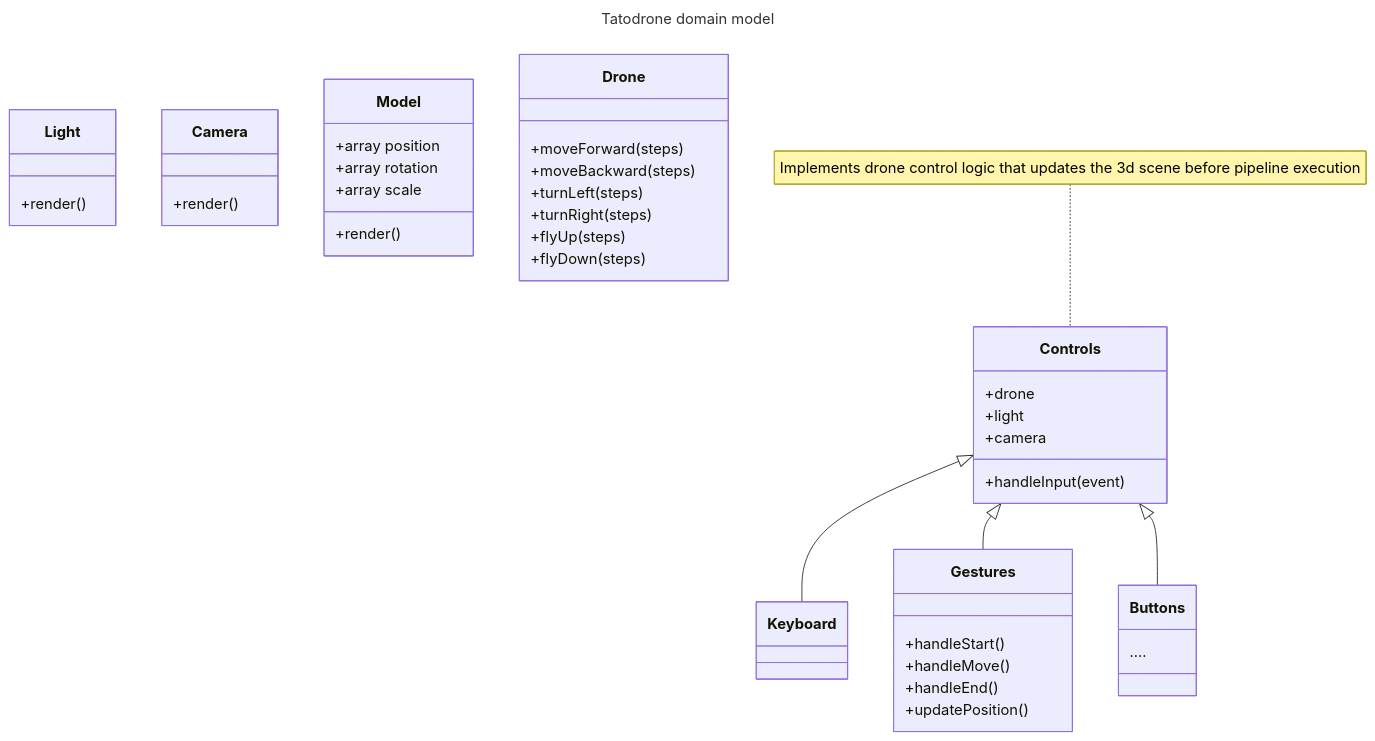
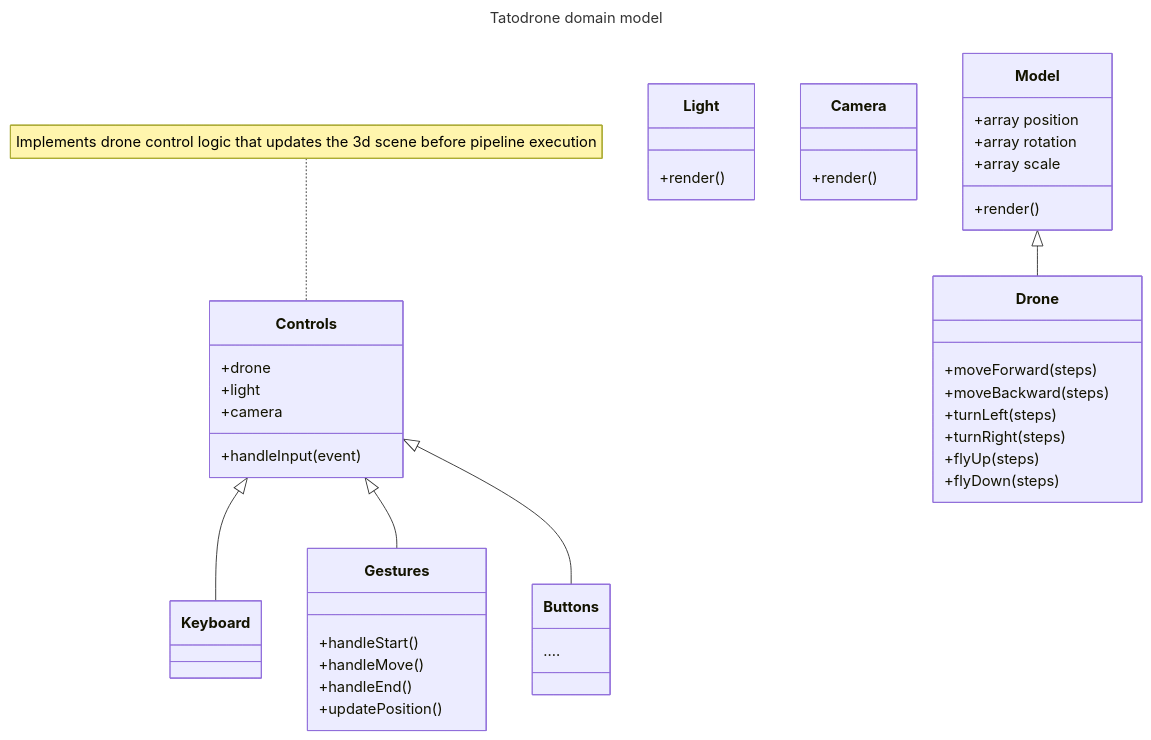
One commit to carnivuth/tatodrone changed the diagram in report.md. Above: the diagram before and after it, drawn with Mermaid.

Commit message:
updated report

````diff
--- a/report.md
+++ b/report.md
@@ -86,45 +86,46 @@
 ```mermaid
 ---
 title: Tatodrone domain model
 ---
 classDiagram
     Controls <|-- Keyboard
     Controls <|-- Gestures
     Controls <|-- Buttons
+    Model <|-- Drone
     class Light{
         +render()
     }
     class Camera{
         +render()
     }
     class Model{
         +array position
         +array rotation
         +array scale
         +render()
     }
     class Drone{
         +moveForward(steps)
         +moveBackward(steps)
         +turnLeft(steps)
         +turnRight(steps)
         +flyUp(steps)
         +flyDown(steps)
     }
     note for Controls "Implements drone control logic that updates the 3d scene before pipeline execution"
     class Controls{
         +drone
         +light
         +camera
         +handleInput(event)
     }
     class Keyboard{
     }
     class Gestures{
         +handleStart()
         +handleMove()
         +handleEnd()
         +updatePosition()
     }
     class Buttons{....}
 ```
````
